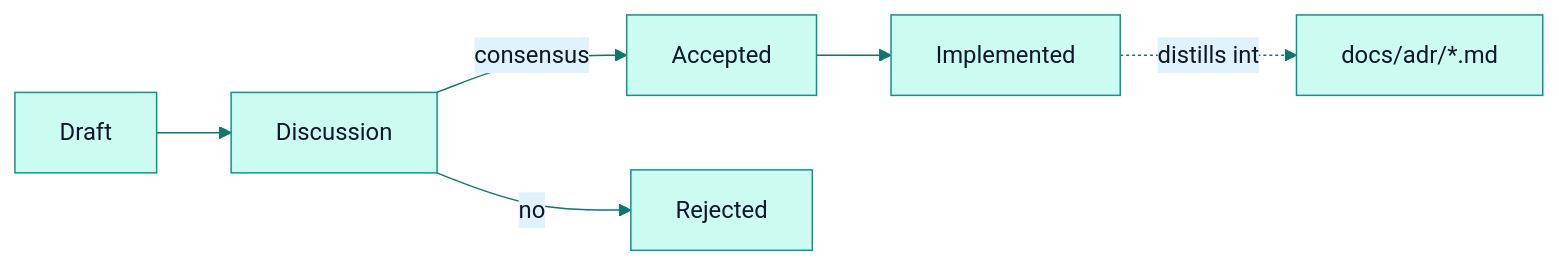
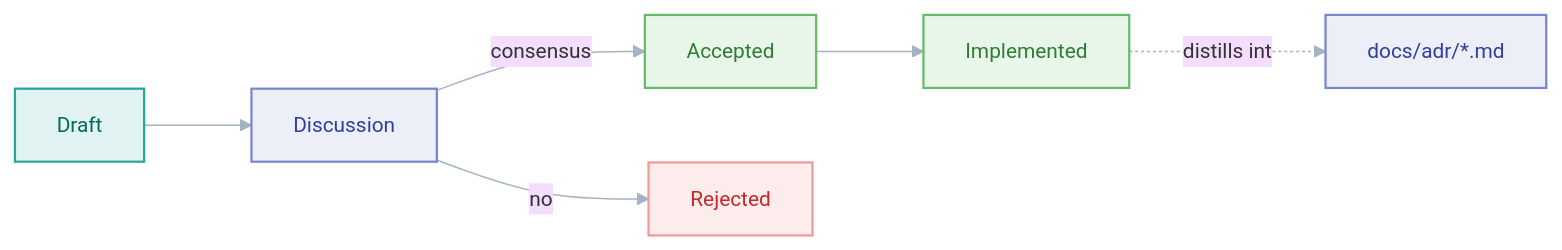
The diagram in rfcs/README.md (PawanSikawat/faucet-stream), drawn with Mermaid before and after one commit. The commit also changed 28 other files, not shown here.

First line of the commit message:
docs: upgrade Mermaid diagrams to V2 role-coded style

````diff
--- a/rfcs/README.md
+++ b/rfcs/README.md
@@ -51,9 +51,17 @@
 ```mermaid
-%%{init: {'theme':'base','themeVariables':{'primaryColor':'#ccfbf1','primaryTextColor':'#0f172a','primaryBorderColor':'#0d9488','lineColor':'#0f766e','secondaryColor':'#e0f2fe','tertiaryColor':'#f0fdfa','fontFamily':'-apple-system,BlinkMacSystemFont,Segoe UI,sans-serif'}}}%%
+%%{init: {'theme':'base','flowchart':{'curve':'basis','nodeSpacing':50,'rankSpacing':72,'padding':14},'themeVariables':{'fontFamily':'-apple-system,BlinkMacSystemFont,Segoe UI,sans-serif','fontSize':'14px','lineColor':'#a5b4c4','clusterBkg':'#f8fafc','clusterBorder':'#e2e8f0'}}}%%
 flowchart LR
     Draft --> Discussion
     Discussion -->|consensus| Accepted
     Discussion -->|no| Rejected
     Accepted --> Implemented
     Implemented -.distills into.-> ADR[docs/adr/*.md]
+    classDef src fill:#e0f2f1,stroke:#26a69a,stroke-width:1.5px,color:#00695c
+    classDef proc fill:#eceff8,stroke:#7986cb,stroke-width:1.5px,color:#303f9f
+    classDef good fill:#e8f5e9,stroke:#66bb6a,stroke-width:1.5px,color:#2e7d32
+    classDef bad fill:#fdecec,stroke:#ef9a9a,stroke-width:1.5px,color:#c62828
+    class Draft src
+    class Discussion,ADR proc
+    class Accepted,Implemented good
+    class Rejected bad
 ```
````
